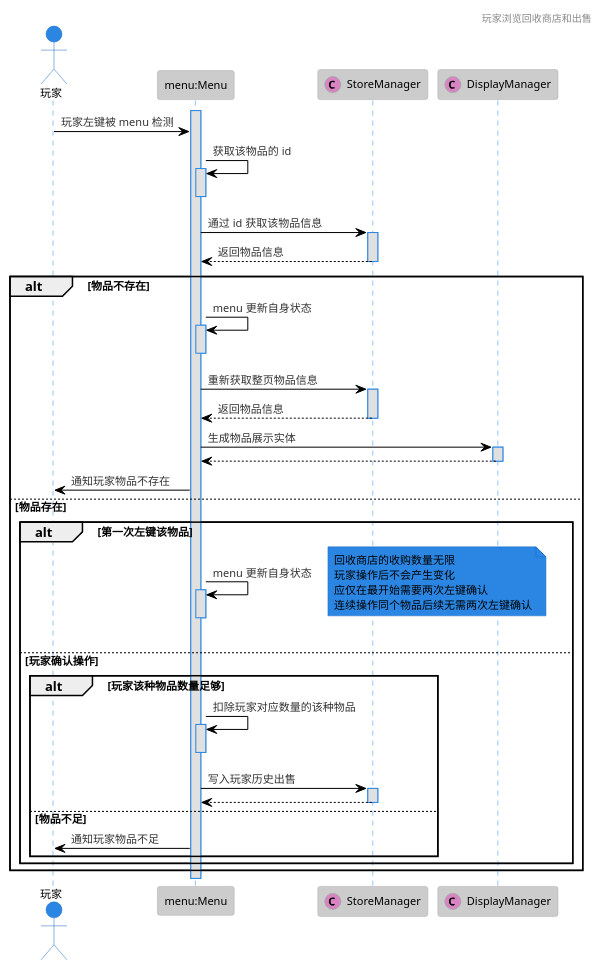
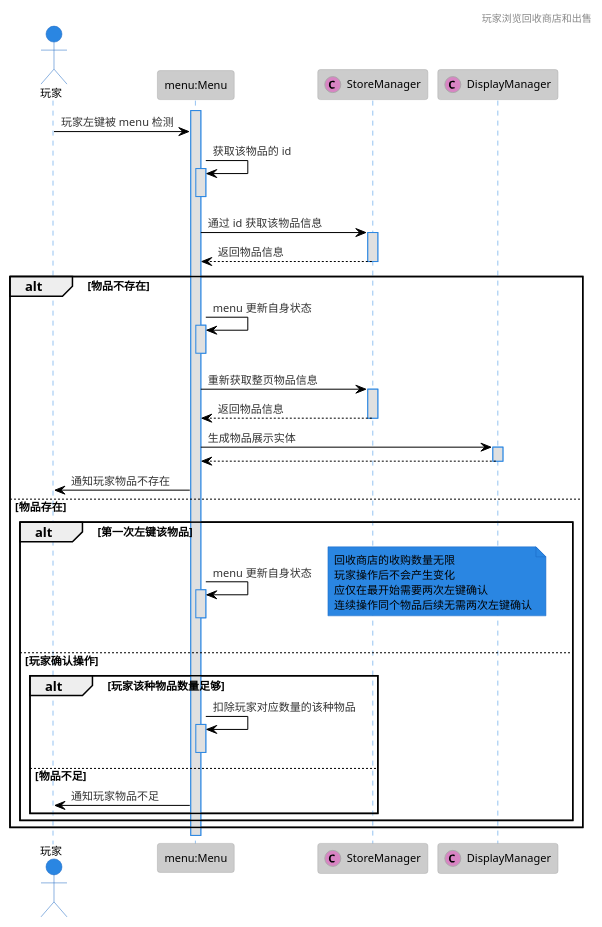
One commit to HeartingBe/GlobalShop_v3 changed the diagram in doc/uml/sequence_diagram/player_view_recycle_shop_and_recycle.plantuml. Above: the diagram before and after it, drawn with PlantUML. The commit also changed 41 other files, not shown here.

```diff
--- a/doc/uml/sequence_diagram/player_view_recycle_shop_and_recycle.plantuml
+++ b/doc/uml/sequence_diagram/player_view_recycle_shop_and_recycle.plantuml
@@ -1,60 +1,56 @@
 @startuml sequence diagram
 !theme reddress-lightblue
 
 header 玩家浏览回收商店和出售
 
 actor 玩家 as player
 participant "menu:Menu" as Menu
 participant StoreManager <<(C, #d884c3)>>
 participant DisplayManager <<(C, #d884c3)>>
 
 activate Menu
 
 player -> Menu : 玩家左键被 menu 检测
 Menu -> Menu : 获取该物品的 id
 activate Menu
 deactivate Menu
 Menu -> StoreManager : 通过 id 获取该物品信息
 activate StoreManager
 Menu <-- StoreManager : 返回物品信息
 deactivate StoreManager
 alt 物品不存在
    Menu -> Menu : menu 更新自身状态
    activate Menu
    deactivate Menu
    Menu -> StoreManager : 重新获取整页物品信息
    activate StoreManager
    Menu <-- StoreManager : 返回物品信息
    deactivate StoreManager
    Menu -> DisplayManager : 生成物品展示实体
    activate DisplayManager
    Menu <-- DisplayManager
    deactivate DisplayManager
    player <- Menu : 通知玩家物品不存在
 else 物品存在
    alt 第一次左键该物品
       Menu -> Menu : menu 更新自身状态
       activate Menu
       deactivate Menu
       note right
          回收商店的收购数量无限
          玩家操作后不会产生变化
          应仅在最开始需要两次左键确认
          连续操作同个物品后续无需两次左键确认
       end note
    else 玩家确认操作
       alt 玩家该种物品数量足够
          Menu -> Menu : 扣除玩家对应数量的该种物品
          activate Menu
          deactivate Menu
-         Menu -> StoreManager : 写入玩家历史出售
-         activate StoreManager
-         Menu <-- StoreManager
-         deactivate StoreManager
       else 物品不足
          player <- Menu : 通知玩家物品不足
       end
    end
 end
 
 @enduml
```
